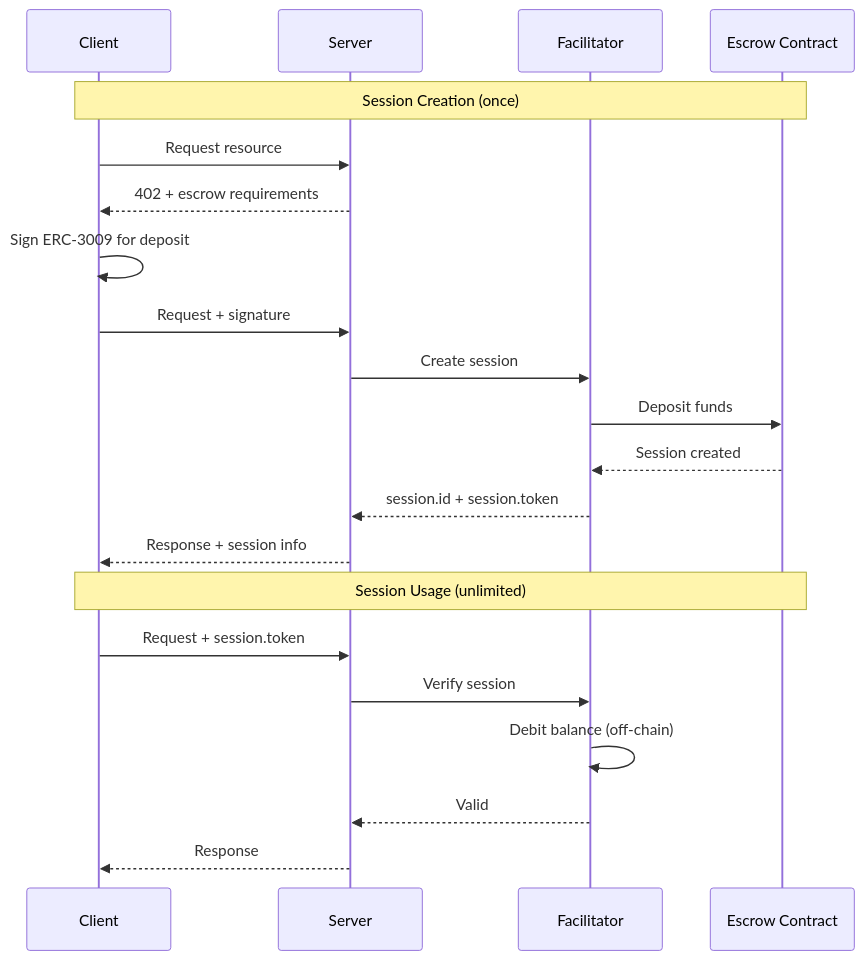
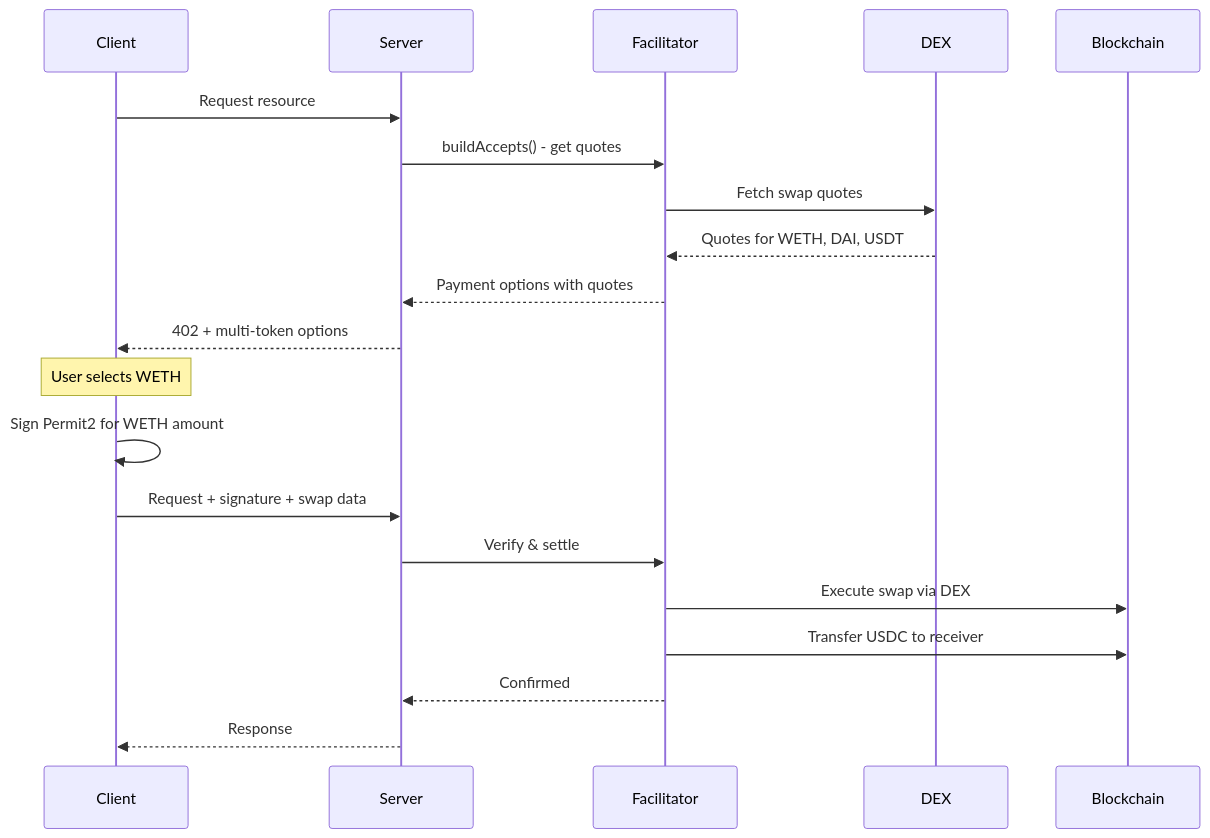
Before and after one commit to Agentokratia/docs: the second of 2 diagrams in x402/concepts/schemes.mdx, drawn with Mermaid. The commit also changed other lines of this file and 7 other files, not shown here.

````diff
--- a/x402/concepts/schemes.mdx
+++ b/x402/concepts/schemes.mdx
@@ -111,25 +117,24 @@
 ```mermaid
 sequenceDiagram
     participant Client
     participant Server
     participant Facilitator
-    participant Escrow Contract
+    participant DEX
+    participant Blockchain
 
-    Note over Client,Escrow Contract: Session Creation (once)
     Client->>Server: Request resource
-    Server-->>Client: 402 + escrow requirements
-    Client->>Client: Sign ERC-3009 for deposit
-    Client->>Server: Request + signature
-    Server->>Facilitator: Create session
-    Facilitator->>Escrow Contract: Deposit funds
-    Escrow Contract-->>Facilitator: Session created
-    Facilitator-->>Server: session.id + session.token
-    Server-->>Client: Response + session info
+    Server->>Facilitator: buildAccepts() - get quotes
+    Facilitator->>DEX: Fetch swap quotes
+    DEX-->>Facilitator: Quotes for WETH, DAI, USDT
+    Facilitator-->>Server: Payment options with quotes
+    Server-->>Client: 402 + multi-token options
 
-    Note over Client,Escrow Contract: Session Usage (unlimited)
-    Client->>Server: Request + session.token
-    Server->>Facilitator: Verify session
-    Facilitator->>Facilitator: Debit balance (off-chain)
-    Facilitator-->>Server: Valid
+    Note over Client: User selects WETH
+    Client->>Client: Sign Permit2 for WETH amount
+    Client->>Server: Request + signature + swap data
+    Server->>Facilitator: Verify & settle
+    Facilitator->>Blockchain: Execute swap via DEX
+    Facilitator->>Blockchain: Transfer USDC to receiver
+    Facilitator-->>Server: Confirmed
     Server-->>Client: Response
 ```
````
